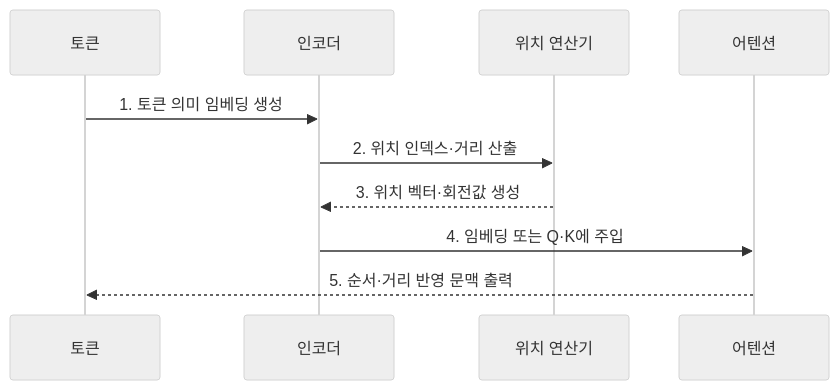
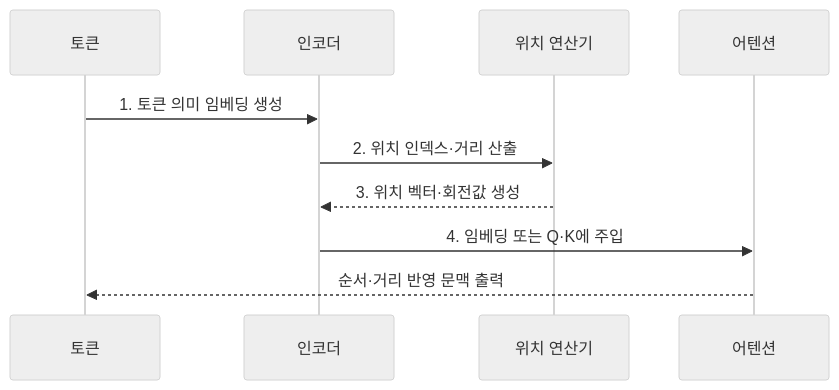
Before and after one commit to agnusdei1207/knowledge-base: the second of 2 diagrams in src/content/docs/notes/08-latest-tech/031_positional_encoding.md, drawn with Mermaid (neutral theme). The commit also changed other lines of this file and 225 other files, not shown here.

````diff
--- a/src/content/docs/notes/08-latest-tech/031_positional_encoding.md
+++ b/src/content/docs/notes/08-latest-tech/031_positional_encoding.md
@@ -76,12 +76,12 @@
 ```mermaid
 sequenceDiagram
     participant T as 토큰
     participant E as 인코더
     participant PE as 위치 연산기
     participant A as 어텐션
     T->>E: 1. 토큰 의미 임베딩 생성
     E->>PE: 2. 위치 인덱스·거리 산출
     PE-->>E: 3. 위치 벡터·회전값 생성
     E->>A: 4. 임베딩 또는 Q·K에 주입
-    A-->>T: 5. 순서·거리 반영 문맥 출력
+    A-->>T: 순서·거리 반영 문맥 출력
 ```
````
